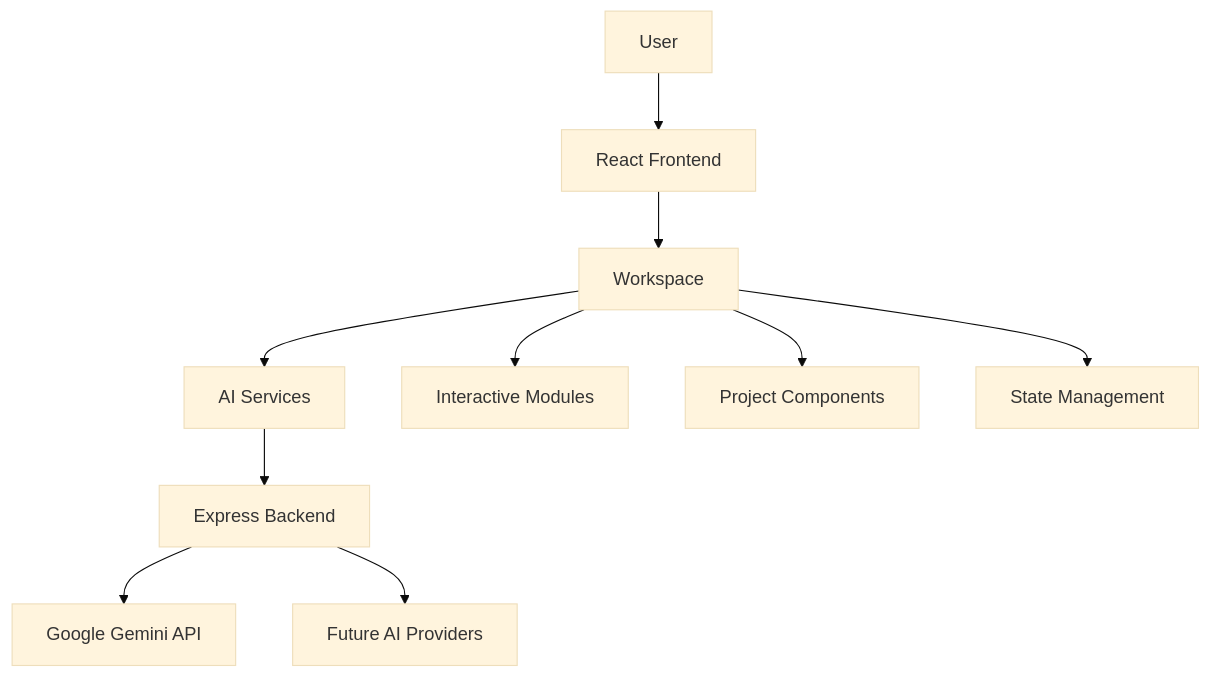
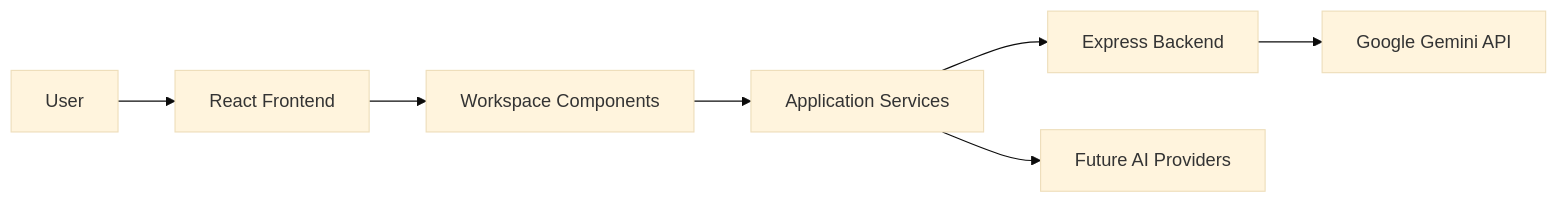
One commit to Mayankabhijeetsuryawnshi/Solaris-Core changed the diagram in README.md. Above: the diagram before and after it, drawn with Mermaid (base theme). The commit also changed other lines of this file, not shown here.

````diff
--- a/README.md
+++ b/README.md
@@ -321,19 +273,17 @@
 ```mermaid
-graph TD
+flowchart LR
 
-A[User] --> B[React Frontend]
+A[User]
 
-B --> C[Workspace]
+A --> B[React Frontend]
 
-C --> D[AI Services]
-C --> E[Interactive Modules]
-C --> F[Project Components]
-C --> G[State Management]
+B --> C[Workspace Components]
 
-D --> H[Express Backend]
+C --> D[Application Services]
 
-H --> I[Google Gemini API]
+D --> E[Express Backend]
 
-H --> J[Future AI Providers]
+E --> F[Google Gemini API]
 
+D --> G[Future AI Providers]
 ```
````
